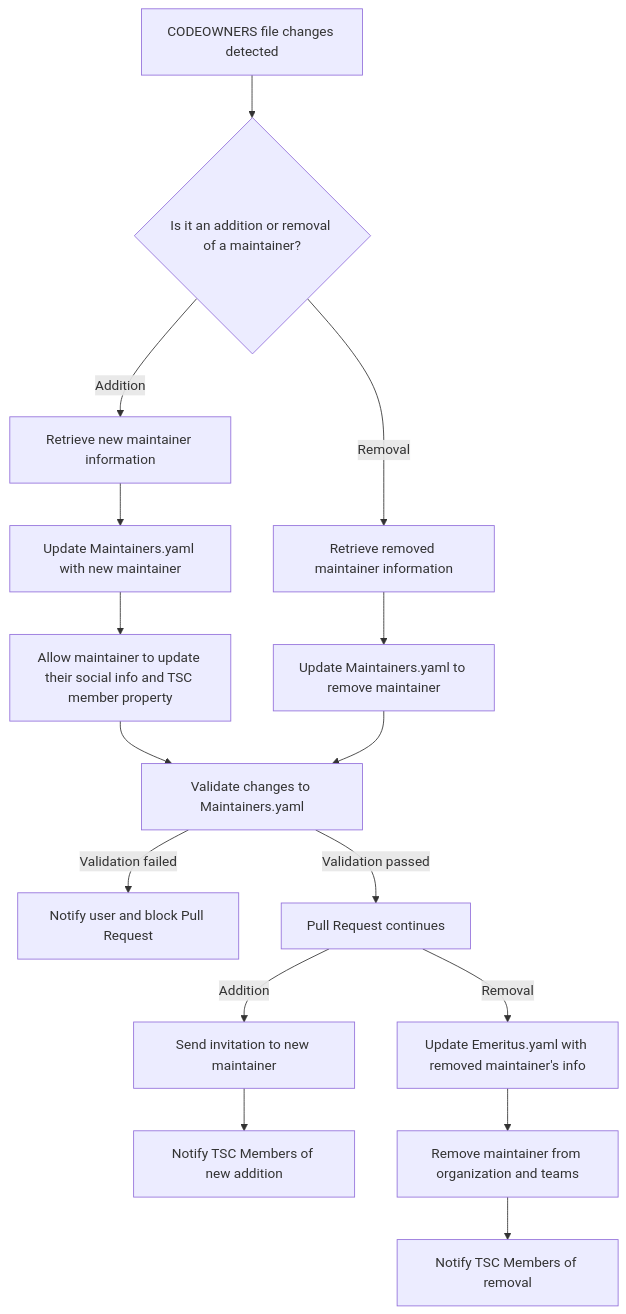
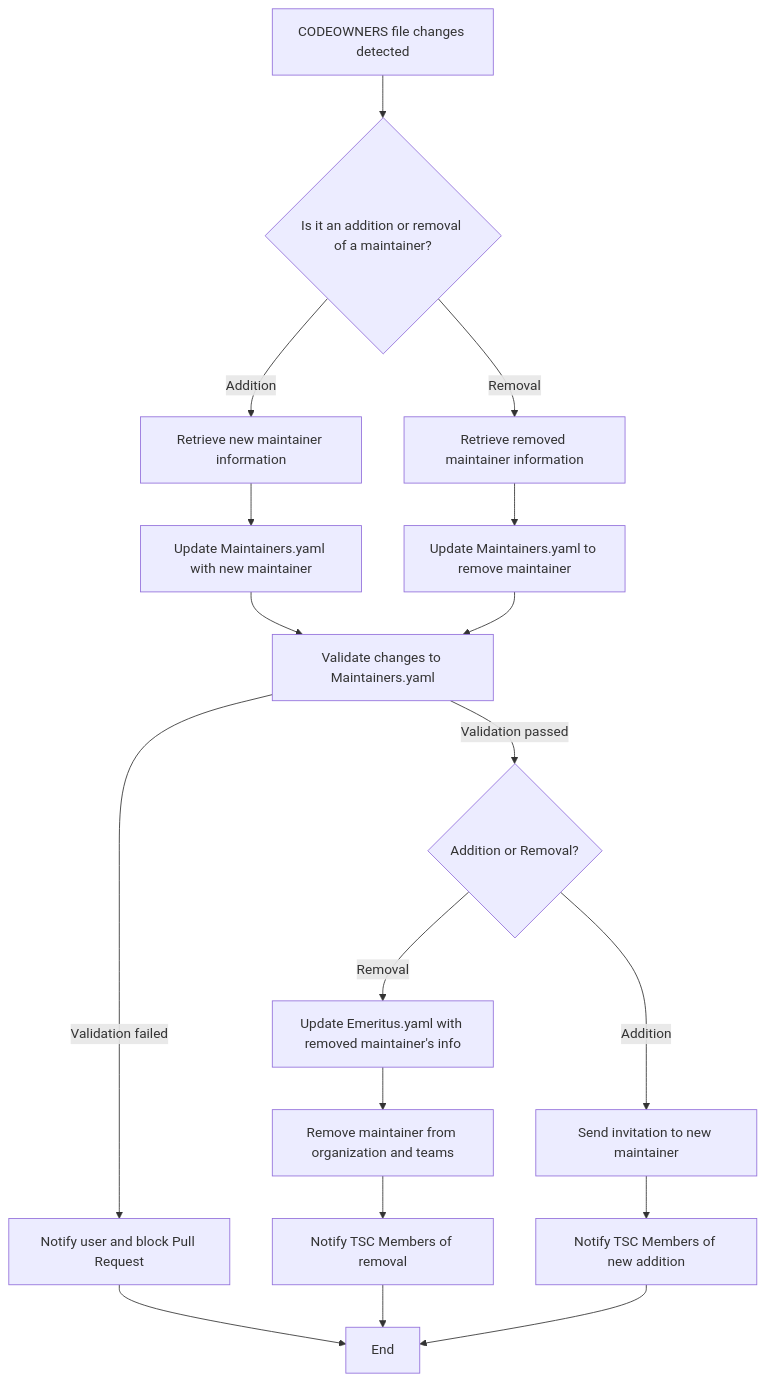
Before and after one commit to asyncapi/community: diagram 11 of 12 in mentorship/summerofcode/2023/workflowautomation/README.md, drawn with Mermaid. The commit also changed other lines of this file, not shown here.

Commit message:
changed the connection flowchart

````diff
--- a/mentorship/summerofcode/2023/workflowautomation/README.md
+++ b/mentorship/summerofcode/2023/workflowautomation/README.md
@@ -195,43 +197,21 @@
 ```mermaid
 graph TD;
-    A[CODEOWNERS file changes detected]
-    B{Is it an addition or removal of a maintainer?}
+A[CODEOWNERS file changes detected] --> B{Is it an addition or removal of a maintainer?};
+B --> |Addition| C1[Retrieve new maintainer information];
+B --> |Removal| D1[Retrieve removed maintainer information];
+C1 --> C2[Update Maintainers.yaml with new maintainer];
+C2 --> E[Validate changes to Maintainers.yaml];
+D1 --> D2[Update Maintainers.yaml to remove maintainer];
+D2 --> E;
+E --> |Validation failed| F[Notify user and block Pull Request];
+E --> |Validation passed| G{Addition or Removal?};
+G --> |Addition| H[Send invitation to new maintainer];
+H --> I[Notify TSC Members of new addition];
+G --> |Removal| J1[Update Emeritus.yaml with removed maintainer's info];
+J1 --> J2[Remove maintainer from organization and teams];
+J2 --> J3[Notify TSC Members of removal];
+F --> K[End];
+J3 --> K;
+I --> K;
 
-    C1[Retrieve new maintainer information]
-    C2[Update Maintainers.yaml with new maintainer]
-    C3[Allow maintainer to update their social info and TSC member property]
-
-    D1[Retrieve removed maintainer information]
-    D2[Update Maintainers.yaml to remove maintainer]
-
-    E[Validate changes to Maintainers.yaml]
-    F[Notify user and block Pull Request]
-    G[Pull Request continues]
-
-    H[Send invitation to new maintainer]
-    I[Notify TSC Members of new addition]
-
-    J1[Update Emeritus.yaml with removed maintainer's info]
-    J2[Remove maintainer from organization and teams]
-    J3[Notify TSC Members of removal]
-
-    A --> B
-    B --> |Addition| C1
-    C1 --> C2
-    C2 --> C3
-    C3 --> E
-
-    B --> |Removal| D1
-    D1 --> D2
-    D2 --> E
-
-    E --> |Validation failed| F
-    E --> |Validation passed| G
-
-    G --> |Addition| H
-    H --> I
-
-    G --> |Removal| J1
-    J1 --> J2
-    J2 --> J3
 ```
````
